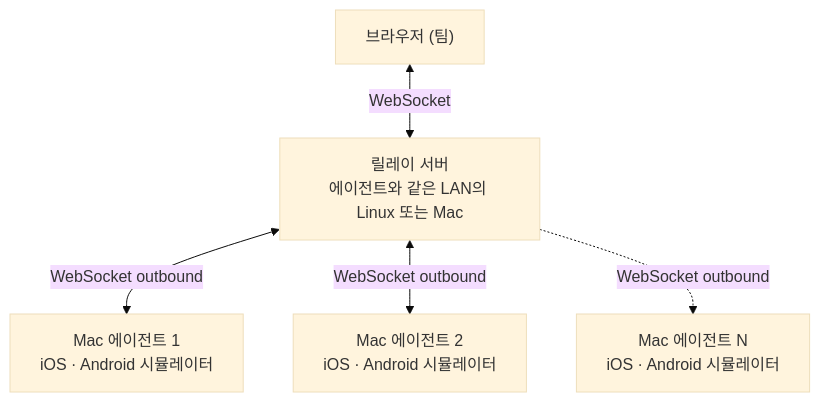
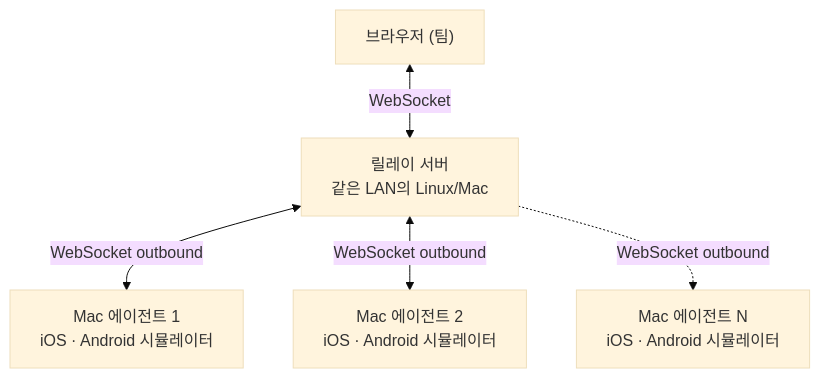
One commit to jo-duchan/tapflow changed the diagram in docs/ko/guide/introduction.md. Above: the diagram before and after it, drawn with Mermaid (base theme). The commit also changed 8 other files, not shown here.

````diff
--- a/docs/ko/guide/introduction.md
+++ b/docs/ko/guide/introduction.md
@@ -24,13 +24,13 @@
 ```mermaid
 flowchart TD
     B["브라우저 (팀)"]
-    R["릴레이 서버<br/>에이전트와 같은 LAN의 Linux 또는 Mac"]
+    R["릴레이 서버<br/>같은 LAN의 Linux/Mac"]
     A1["Mac 에이전트 1<br/>iOS · Android 시뮬레이터"]
     A2["Mac 에이전트 2<br/>iOS · Android 시뮬레이터"]
     More["Mac 에이전트 N<br/>iOS · Android 시뮬레이터"]
 
     B <-->|WebSocket| R
     R <-->|WebSocket outbound| A1
     R <-->|WebSocket outbound| A2
     R -.->|WebSocket outbound| More
 ```
````
